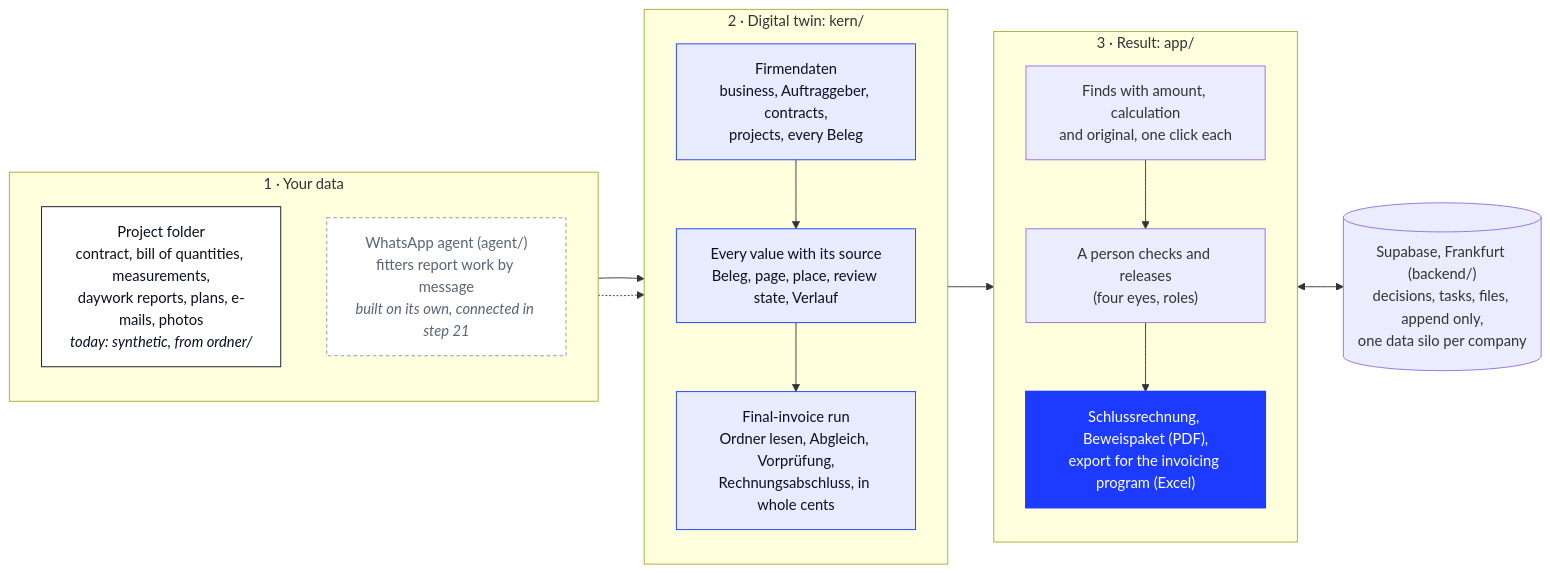
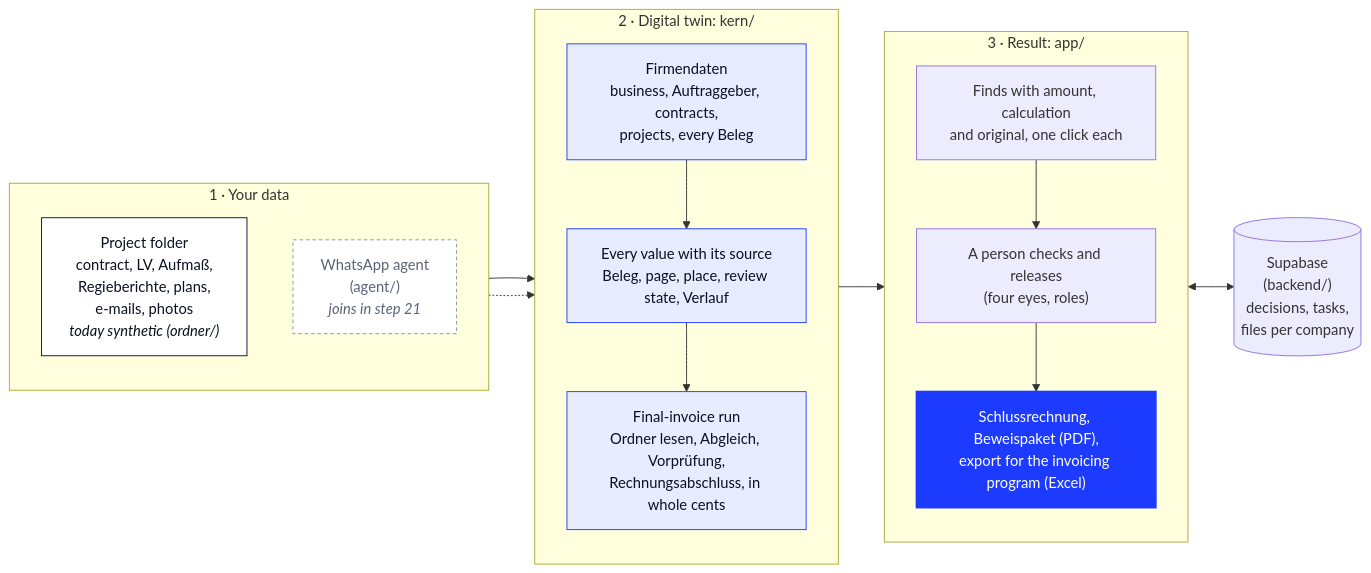
One commit to tieout-at/tieout changed the diagram in README.md. Above: the diagram before and after it, drawn with Mermaid.

Commit message:
README: shorter labels in the architecture diagram

````diff
--- a/README.md
+++ b/README.md
@@ -41,36 +41,36 @@
 ```mermaid
 flowchart LR
     classDef input fill:#ffffff,stroke:#0a1020,stroke-width:1px,color:#0a1020;
     classDef core fill:#e8ecff,stroke:#1d3bff,stroke-width:1px,color:#0a1020;
     classDef out fill:#1d3bff,stroke:#1d3bff,stroke-width:2px,color:#ffffff;
     classDef planned fill:#ffffff,stroke:#8a94a6,stroke-width:1px,stroke-dasharray:4 3,color:#5a6475;
 
     subgraph IN [1 · Your data]
         direction TB
-        F["Project folder<br/>contract, bill of quantities, measurements,<br/>daywork reports, plans, e-mails, photos<br/><i>today: synthetic, from ordner/</i>"]:::input
-        W["WhatsApp agent (agent/)<br/>fitters report work by message<br/><i>built on its own, connected in step 21</i>"]:::planned
+        F["Project folder<br/>contract, LV, Aufmaß,<br/>Regieberichte, plans,<br/>e-mails, photos<br/><i>today synthetic (ordner/)</i>"]:::input
+        W["WhatsApp agent<br/>(agent/)<br/><i>joins in step 21</i>"]:::planned
     end
 
     subgraph TW [2 · Digital twin: kern/]
         direction TB
         D["Firmendaten<br/>business, Auftraggeber, contracts,<br/>projects, every Beleg"]:::core
         V["Every value with its source<br/>Beleg, page, place, review state, Verlauf"]:::core
         R["Final-invoice run<br/>Ordner lesen, Abgleich, Vorprüfung,<br/>Rechnungsabschluss, in whole cents"]:::core
         D --> V --> R
     end
 
     subgraph OUT [3 · Result: app/]
         direction TB
         P["Finds with amount, calculation<br/>and original, one click each"]
         H["A person checks and releases<br/>(four eyes, roles)"]
         O["Schlussrechnung, Beweispaket (PDF),<br/>export for the invoicing program (Excel)"]:::out
         P --> H --> O
     end
 
-    DB[("Supabase, Frankfurt (backend/)<br/>decisions, tasks, files, append only,<br/>one data silo per company")]
+    DB[("Supabase<br/>(backend/)<br/>decisions, tasks,<br/>files per company")]
 
     F --> D
     W -.-> D
     R --> P
     H <--> DB
 ```
````
